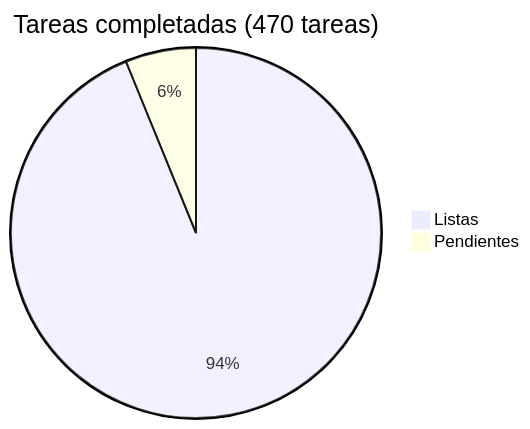
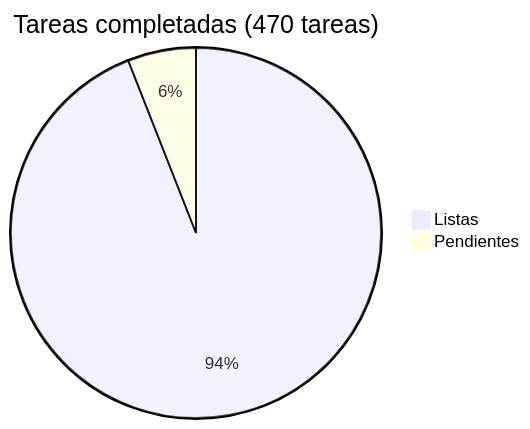
One commit to araguaney-lat/araguaney changed the diagram in docs/roadmap/README.md. Above: the diagram before and after it, drawn with Mermaid. The commit also changed other lines of this file and 7 other files, not shown here.

````diff
--- a/docs/roadmap/README.md
+++ b/docs/roadmap/README.md
@@ -5,5 +5,5 @@
 ```mermaid
 pie title Tareas completadas (470 tareas)
-    "Listas" : 441
-    "Pendientes" : 29
+    "Listas" : 442
+    "Pendientes" : 28
 ```
````
